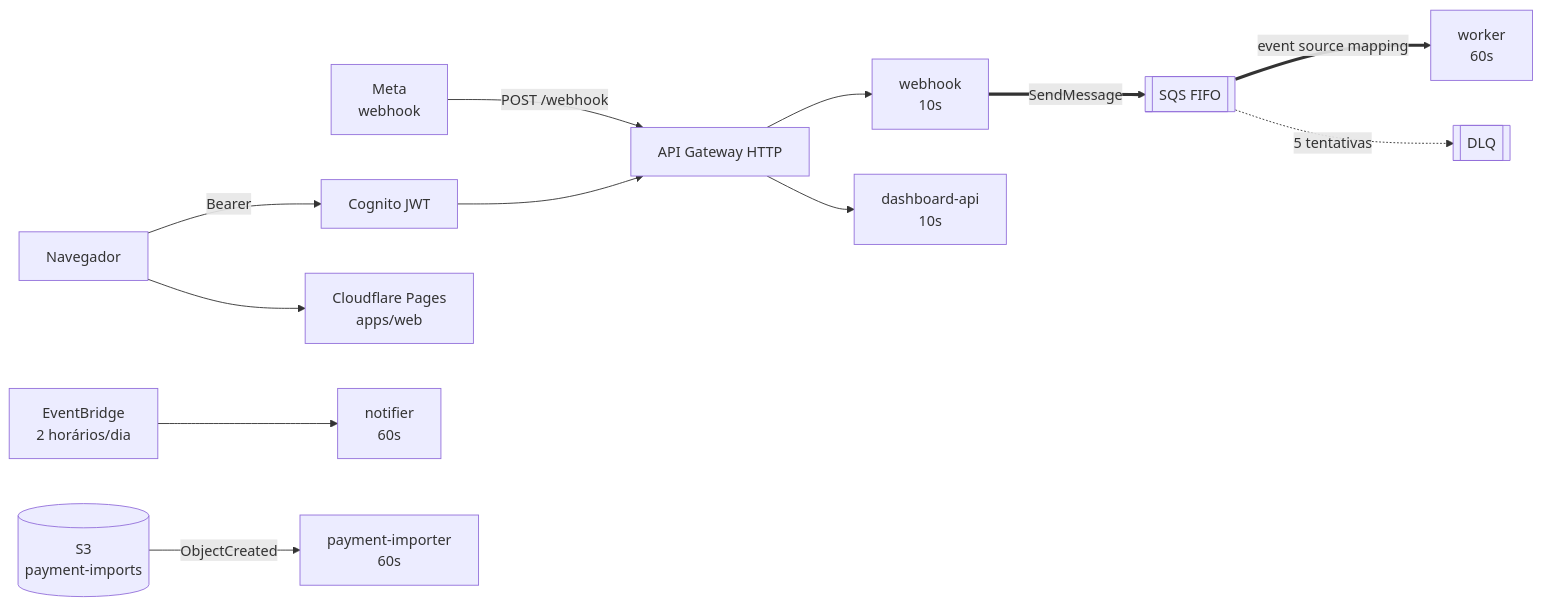
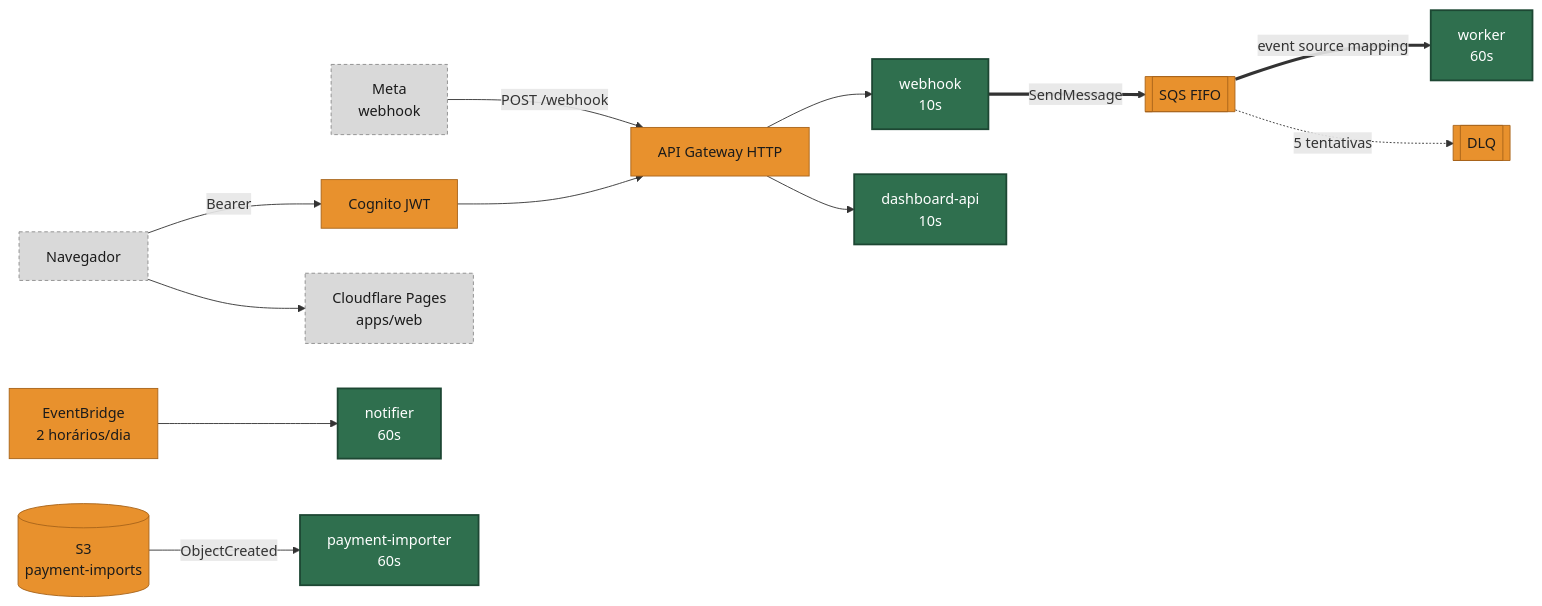
The first of 2 diagrams in docs/architecture.md (emerson-matos/emerbot), drawn with Mermaid before and after one commit. The commit also changed other lines of this file, not shown here.

Commit message:
docs(architecture): cor separa o que é nosso do que é gerenciado
Todas as caixas eram iguais, então o diagrama mostrava as ligações e não dizia
que tipo de coisa era cada nó — que é a primeira pergunta de quem chega. Verde
é código deste repositório, laranja é serviço gerenciado da AWS, cinza
tracejado é o que está fora da conta.

As cinco caixas verdes são o repositório inteiro rodando em produção, o que é
a informação que o desenho existia para dar e não estava dando.

````diff
--- a/docs/architecture.md
+++ b/docs/architecture.md
@@ -8,14 +8,22 @@
 ```mermaid
 flowchart LR
     metain["Meta<br/>webhook"] -->|"POST /webhook"| apigw["API Gateway HTTP"]
     browser["Navegador"] -->|"Bearer"| cognito["Cognito JWT"] --> apigw
     browser --> pages["Cloudflare Pages<br/>apps/web"]
     sched["EventBridge<br/>2 horários/dia"] --> notif["notifier<br/>60s"]
     s3in[("S3<br/>payment-imports")] -->|"ObjectCreated"| imp["payment-importer<br/>60s"]
 
     apigw --> webhook["webhook<br/>10s"]
     apigw --> dash["dashboard-api<br/>10s"]
     webhook ==>|"SendMessage"| fifo[["SQS FIFO"]]
     fifo ==>|"event source mapping"| worker["worker<br/>60s"]
     fifo -.->|"5 tentativas"| dlq[["DLQ"]]
+
+    classDef nosso fill:#2f6f4e,stroke:#1d4733,stroke-width:2px,color:#ffffff
+    classDef aws fill:#e8912d,stroke:#a8641a,stroke-width:1px,color:#1b1b1b
+    classDef externo fill:#d9d9d9,stroke:#8c8c8c,stroke-width:1px,color:#1b1b1b,stroke-dasharray:4 3
+
+    class webhook,worker,dash,notif,imp nosso
+    class apigw,cognito,fifo,dlq,s3in,sched aws
+    class metain,browser,pages externo
 ```
````
